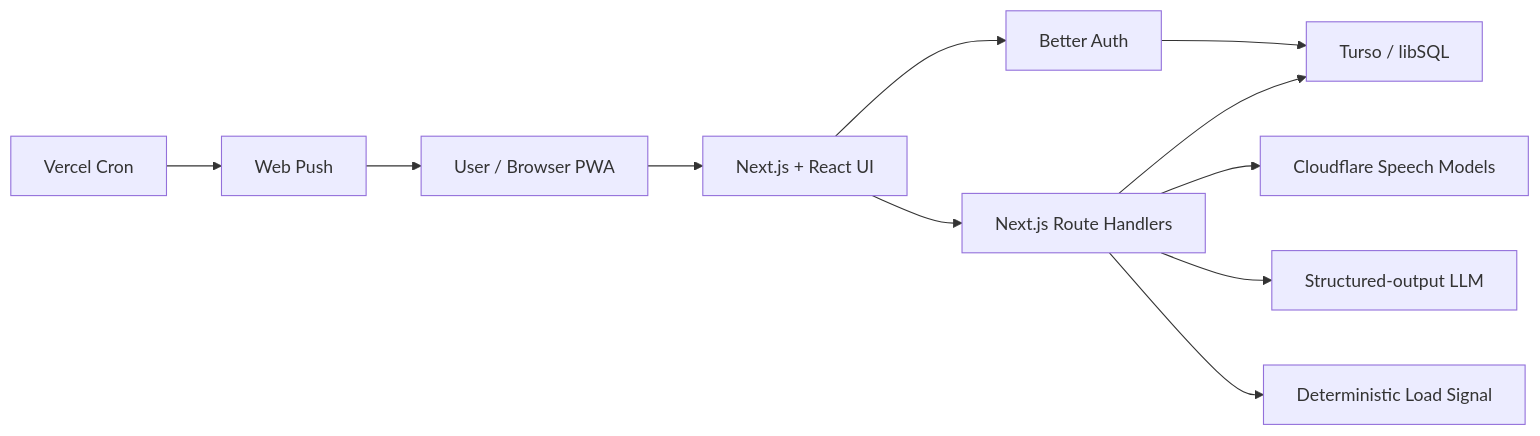
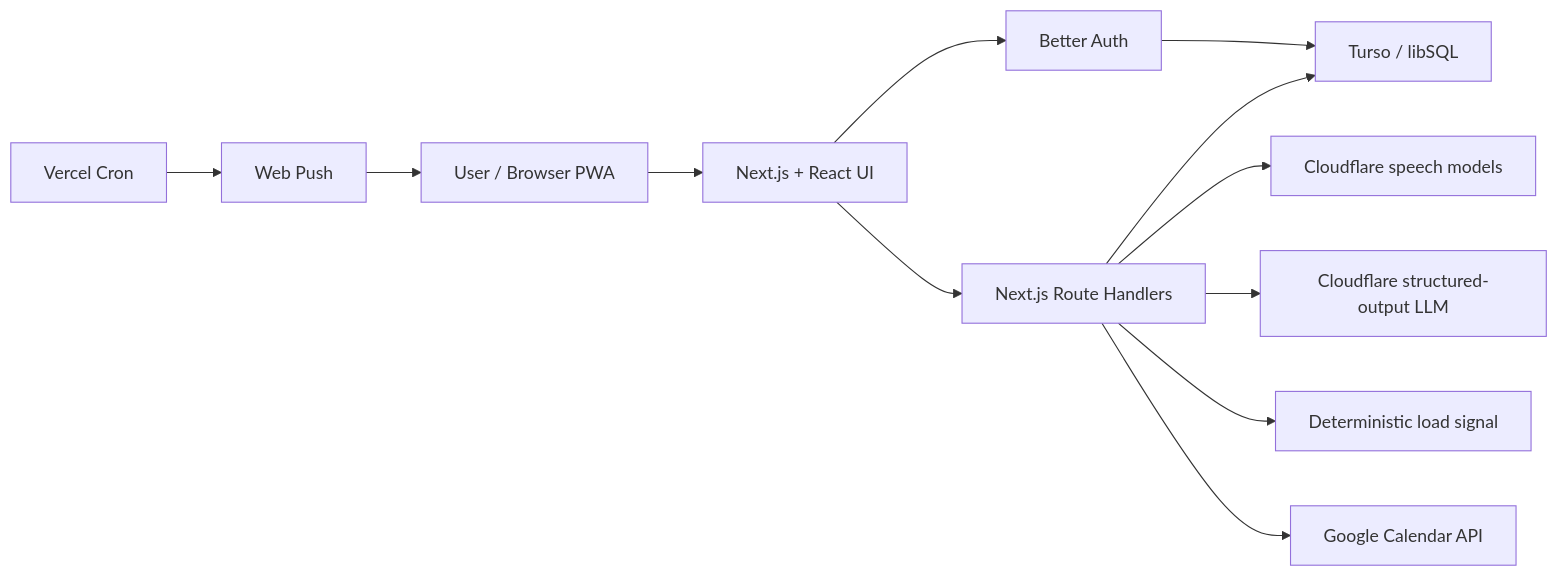
Before and after one commit to NEXRO-dev/build-week-app: the first of 2 diagrams in project/README.md, drawn with Mermaid. The commit also changed other lines of this file, not shown here.

````diff
--- a/project/README.md
+++ b/project/README.md
@@ -178,13 +479,14 @@
 ```mermaid
 flowchart LR
   U["User / Browser PWA"] --> UI["Next.js + React UI"]
   UI --> AUTH["Better Auth"]
   AUTH --> DB["Turso / libSQL"]
   UI --> API["Next.js Route Handlers"]
-  API --> STT["Cloudflare Speech Models"]
-  API --> LLM["Structured-output LLM"]
-  API --> LOAD["Deterministic Load Signal"]
+  API --> STT["Cloudflare speech models"]
+  API --> LLM["Cloudflare structured-output LLM"]
+  API --> LOAD["Deterministic load signal"]
+  API --> GCAL["Google Calendar API"]
   API --> DB
   CRON["Vercel Cron"] --> PUSH["Web Push"]
   PUSH --> U
 ```
````
